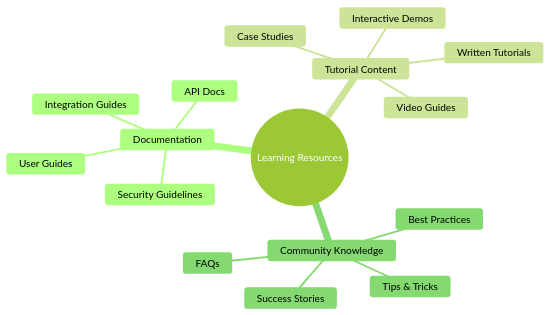
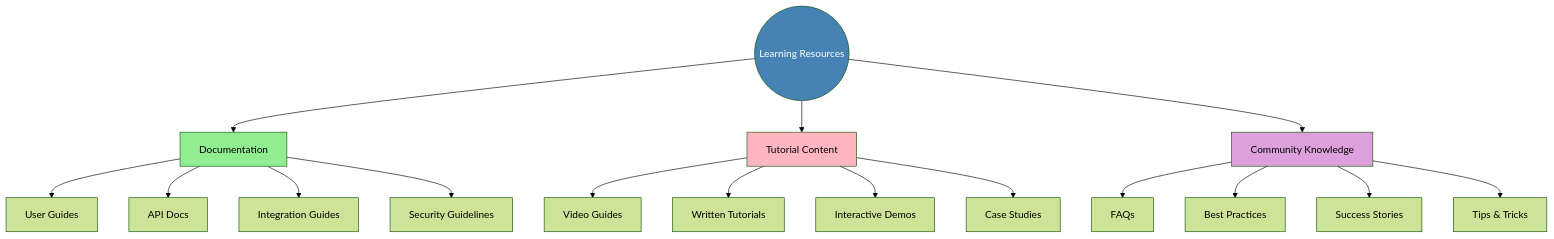
Before and after one commit to MEMEFANS/memefans: the seventh of 18 diagrams in docs/whitepaper/community-ecosystem.md, drawn with Mermaid (forest theme). The commit also changed other lines of this file and 2 other files, not shown here.

Commit message:
fix: update mermaid diagrams to use standard graph TD format with improved styles

````diff
--- a/docs/whitepaper/community-ecosystem.md
+++ b/docs/whitepaper/community-ecosystem.md
@@ -123,19 +134,28 @@
 ```mermaid
-mindmap
-    root((Learning Resources))
-        Documentation
-            User Guides
-            API Docs
-            Integration Guides
-            Security Guidelines
-        Tutorial Content
-            Video Guides
-            Written Tutorials
-            Interactive Demos
-            Case Studies
-        Community Knowledge
-            FAQs
-            Best Practices
-            Success Stories
-            Tips & Tricks
+graph TD
+    LR((Learning Resources))
+    
+    LR --> D[Documentation]
+    LR --> TC[Tutorial Content]
+    LR --> CK[Community Knowledge]
+    
+    D --> UG[User Guides]
+    D --> AD[API Docs]
+    D --> IG[Integration Guides]
+    D --> SG[Security Guidelines]
+    
+    TC --> VG[Video Guides]
+    TC --> WT[Written Tutorials]
+    TC --> ID[Interactive Demos]
+    TC --> CS[Case Studies]
+    
+    CK --> F[FAQs]
+    CK --> BP[Best Practices]
+    CK --> SS[Success Stories]
+    CK --> TT[Tips & Tricks]
+    
+    style LR fill:#4682B4,color:#FFFFFF
+    style D fill:#90EE90,color:#000000
+    style TC fill:#FFB6C1,color:#000000
+    style CK fill:#DDA0DD,color:#000000
 ```
````
